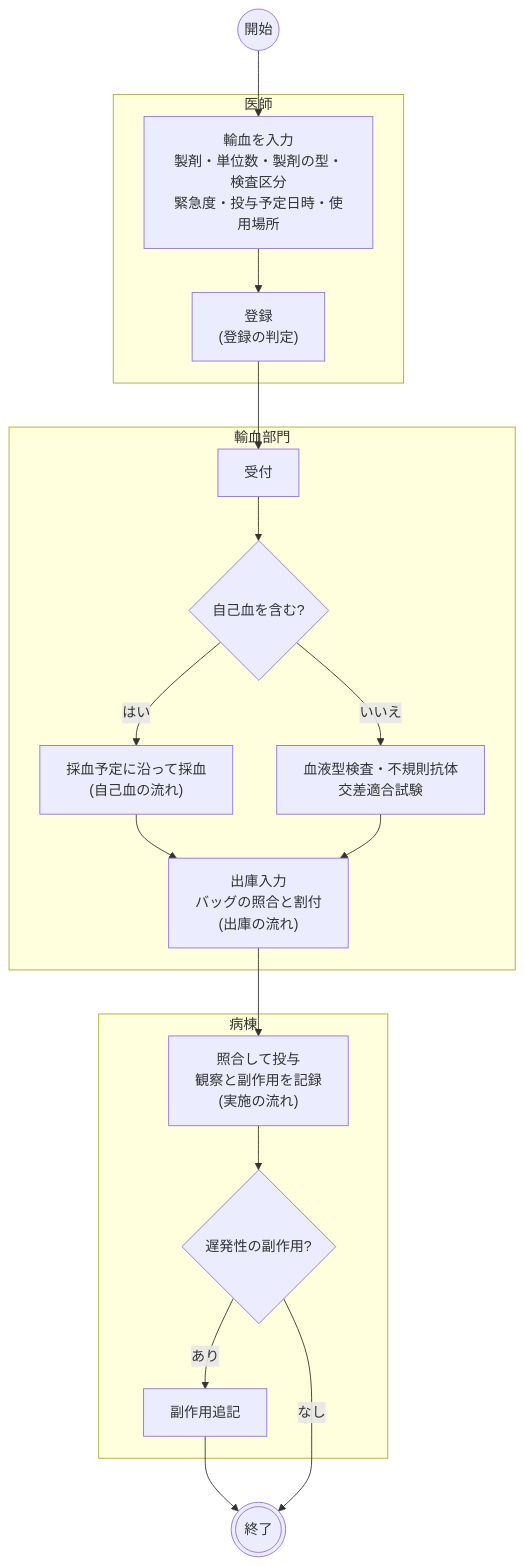
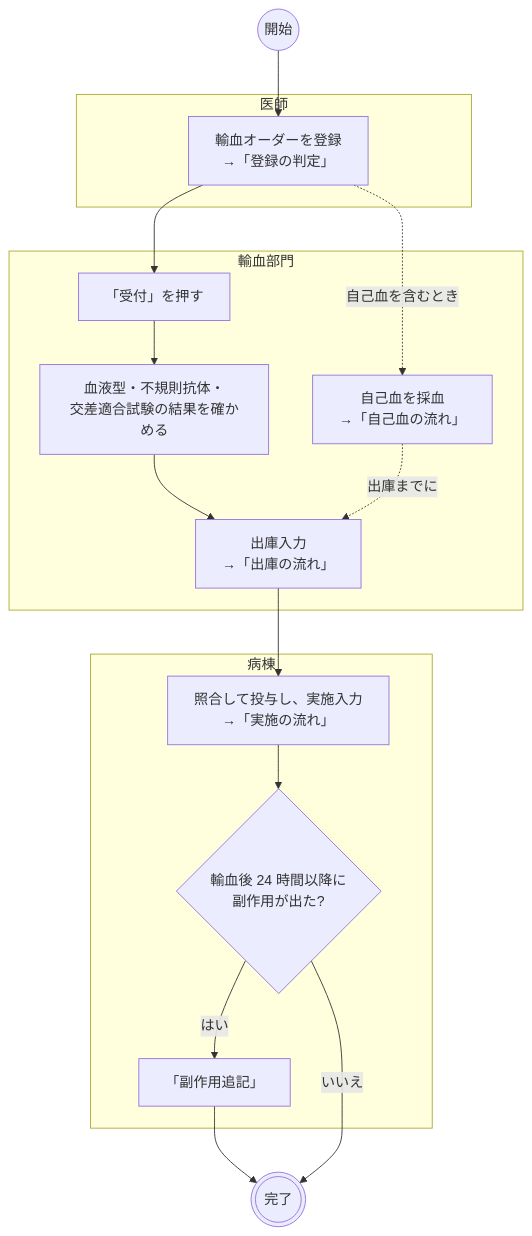
Before and after one commit to ysnr-dev/fhir-client: the first of 16 diagrams in docs/order-flows/transfusion.md, drawn with Mermaid. The commit also changed other lines of this file and 14 other files, not shown here.

Commit message:
docs: 業務フローに書き方の決まりを追加し図と用語を整理

````diff
--- a/docs/order-flows/transfusion.md
+++ b/docs/order-flows/transfusion.md
@@ -41,31 +23,28 @@
 ```mermaid
 flowchart TD
   start(("開始"))
-  finish((("終了")))
+  finish((("完了")))
 
   subgraph doctor["医師"]
-    input["輸血を入力<br/>製剤・単位数・製剤の型・検査区分<br/>緊急度・投与予定日時・使用場所"]
-    register["登録<br/>(登録の判定)"]
+    order["輸血オーダーを登録<br/>→「登録の判定」"]
   end
 
   subgraph dept["輸血部門"]
-    accept["受付"]
-    auto{"自己血を含む?"}
-    collect["採血予定に沿って採血<br/>(自己血の流れ)"]
-    test["血液型検査・不規則抗体<br/>交差適合試験"]
-    dispense["出庫入力<br/>バッグの照合と割付<br/>(出庫の流れ)"]
+    accept["「受付」を押す"]
+    test["血液型・不規則抗体・<br/>交差適合試験の結果を確かめる"]
+    collect["自己血を採血<br/>→「自己血の流れ」"]
+    dispense["出庫入力<br/>→「出庫の流れ」"]
   end
 
   subgraph ward["病棟"]
-    perform["照合して投与<br/>観察と副作用を記録<br/>(実施の流れ)"]
-    delayed{"遅発性の副作用?"}
-    append["副作用追記"]
+    perform["照合して投与し、実施入力<br/>→「実施の流れ」"]
+    delayed{"輸血後 24 時間以降に<br/>副作用が出た?"}
+    append["「副作用追記」"]
   end
 
-  start --> input --> register --> accept --> auto
-  auto -- "はい" --> collect --> dispense
-  auto -- "いいえ" --> test --> dispense
+  start --> order --> accept --> test --> dispense
+  order -. "自己血を含むとき" .-> collect -. "出庫までに" .-> dispense
   dispense --> perform --> delayed
-  delayed -- "あり" --> append --> finish
-  delayed -- "なし" --> finish
+  delayed -- "はい" --> append --> finish
+  delayed -- "いいえ" --> finish
 ```
````
